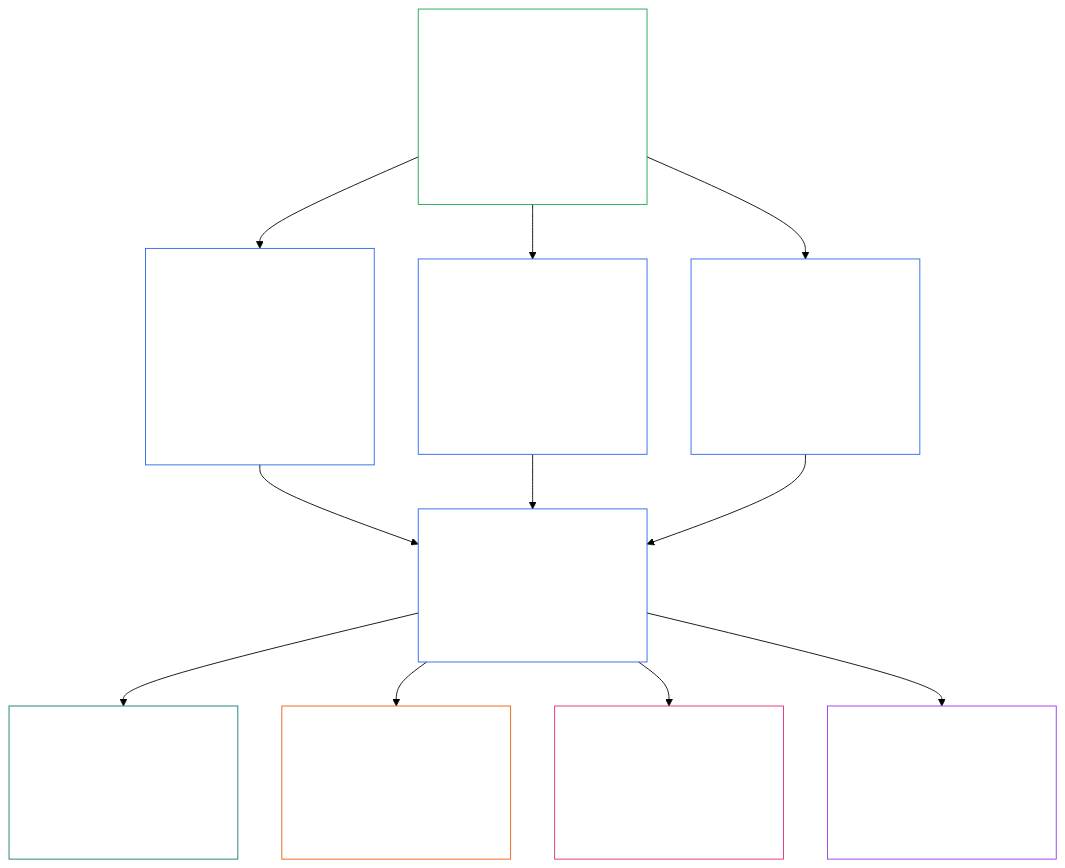
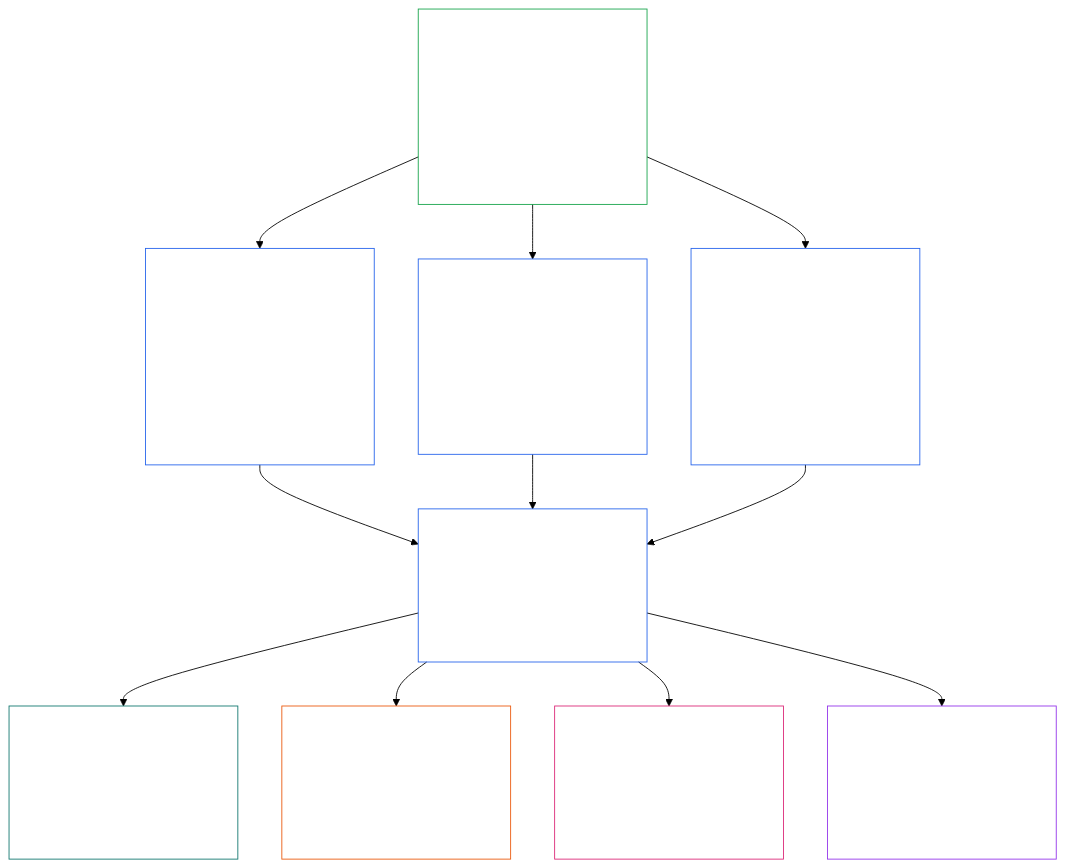
The first of 3 diagrams in core_01_b_interaction_interpretation.md (kfoelsch/Sentient_Constitution), drawn with Mermaid (forest theme) before and after one commit. The commit also changed other lines of this file and 28 other files, not shown here.

First line of the commit message:
Ch1 Part B: Constitutional Collision, Collision Record, Derived-Information Principle

````diff
--- a/core_01_b_interaction_interpretation.md
+++ b/core_01_b_interaction_interpretation.md
@@ -120,31 +124,31 @@
 ```mermaid
 flowchart TB
     PA["Part A principles and the Two Constitutional Aims<br/><br/>• Flourishing and Continuity<br/>• Principles and constraints that can collide<br/>or be read more than one way"]
-    P13["§13 Process Conflict Resolution<br/><br/>• Safety and Truth first<br/>• Every other tradeoff preserves the Tetrad<br/>• Tradeoff stack, disclosure limits,<br/>and avoidable burden"]
+    P13["§13 Constitutional Collision Resolution Process<br/><br/>• Safety and Truth first<br/>• Every other tradeoff preserves the Tetrad<br/>• Tradeoff stack, disclosure limits,<br/>and avoidable burden"]
     P14["§14 Prohibition on Absolute Override<br/><br/>• No value is a trump<br/>• Neither aim overrides the other<br/>• No leg is hollowed below material stake"]
-    P15["§15 Constitutional Interpretation<br/><br/>• No-Bypass and Anti-Segmentation<br/>• Ambiguity read as an integrated whole<br/>• Source-layer precedence"]
+    P15["§15 Constitutional Interpretation<br/><br/>• No-Bypass, Anti-Segmentation,<br/>and Derived Information<br/>• Ambiguity read as an integrated whole<br/>• Source-layer precedence"]
     TT["Constitutional Tetrad<br/><br/>• Kept intact, scaled to material stake<br/>• Participation · Oversight · Accountability · Timeliness"]
     P["Participation<br/><br/>• Burden never on the restricted party<br/>• Challenge and appeal rights survive"]
     O["Oversight<br/><br/>• Harm counted in full<br/>• Decisions others can reconstruct<br/>and independently review"]
     A["Accountability<br/><br/>• Restrictor bears the burden<br/>• Answerability rises with authority"]
     T["Timeliness<br/><br/>• Restrictions are time-bounded and reviewable<br/>• Delay cannot defeat remedy"]
     PA --> P13
     PA --> P14
     PA --> P15
     P13 --> TT
     P14 --> TT
     P15 --> TT
     TT --> P
     TT --> O
     TT --> A
     TT --> T
     style PA fill:none,stroke:#16a34a,color:#ffffff
     style P13 fill:none,stroke:#2563eb,color:#ffffff
     style P14 fill:none,stroke:#2563eb,color:#ffffff
     style P15 fill:none,stroke:#2563eb,color:#ffffff
     style TT fill:none,stroke:#2563eb,color:#ffffff
     style P fill:none,stroke:#0f766e,color:#ffffff
     style O fill:none,stroke:#ea580c,color:#ffffff
     style A fill:none,stroke:#db2777,color:#ffffff
     style T fill:none,stroke:#9333ea,color:#ffffff
 ```
````
